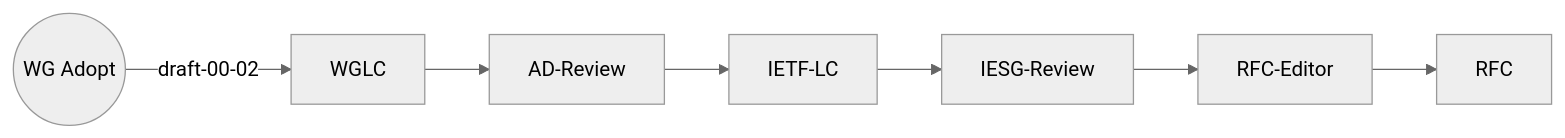
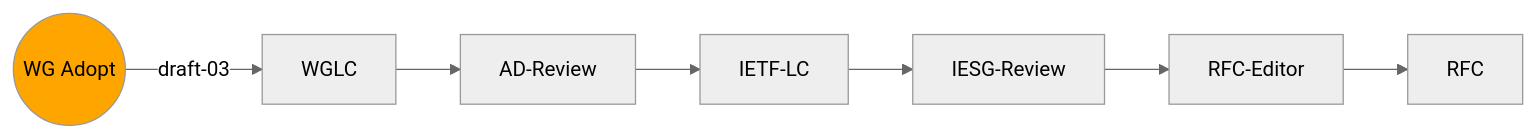
The fourth of 8 diagrams in index.md (ietf-wg-httpapi/ietf-wg-httpapi.github.io), drawn with Mermaid (neutral theme) before and after one commit. The commit also changed other lines of this file, not shown here.

Commit message:
Updated progress graphs for IETF 116

````diff
--- a/index.md
+++ b/index.md
@@ -56,9 +75,13 @@
 ```mermaid
 graph LR
-    WG-Adopt((WG Adopt)) --draft-00-02--> WGLC
+    classDef current fill:orange
+    classDef lastIETF fill:pink
+
+    WG-Adopt((WG Adopt)) --draft-03--> WGLC
+    class WG-Adopt current
     WGLC --> AD-Review
     AD-Review --> IETF-LC
     IETF-LC --> IESG-Review
     IESG-Review --> RFC-Editor
     RFC-Editor --> RFC
 ```
````
